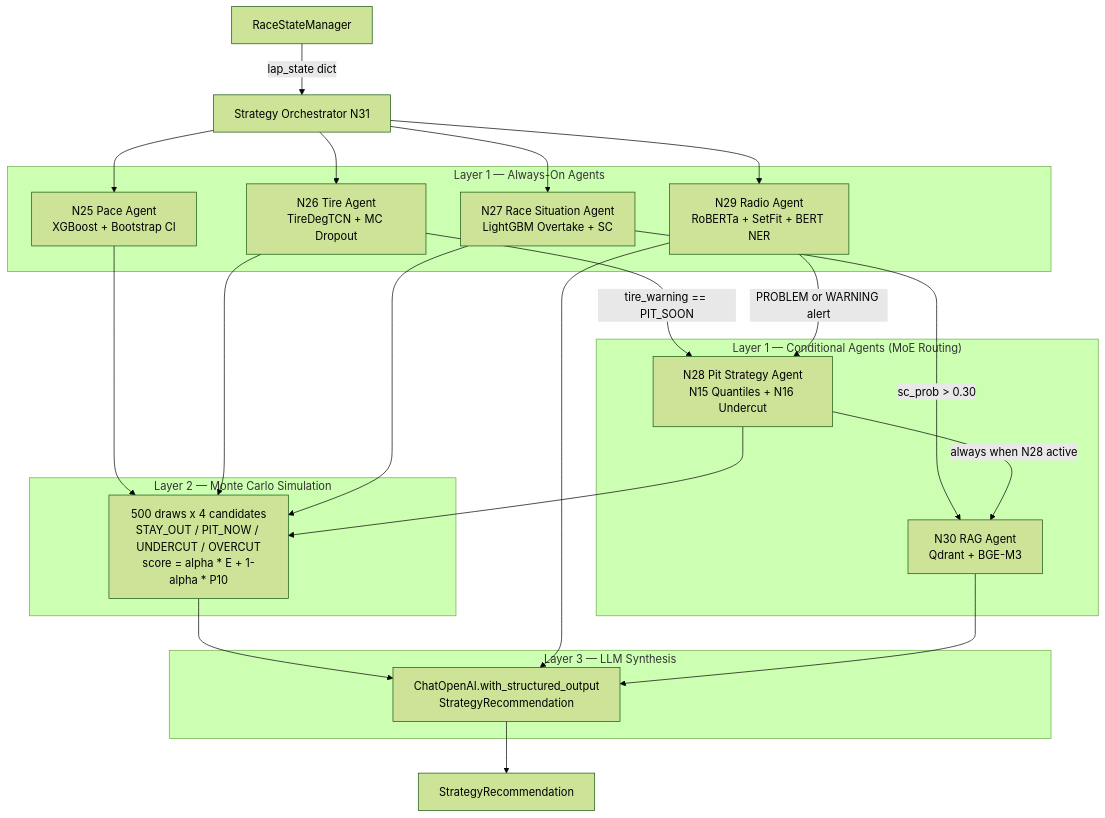
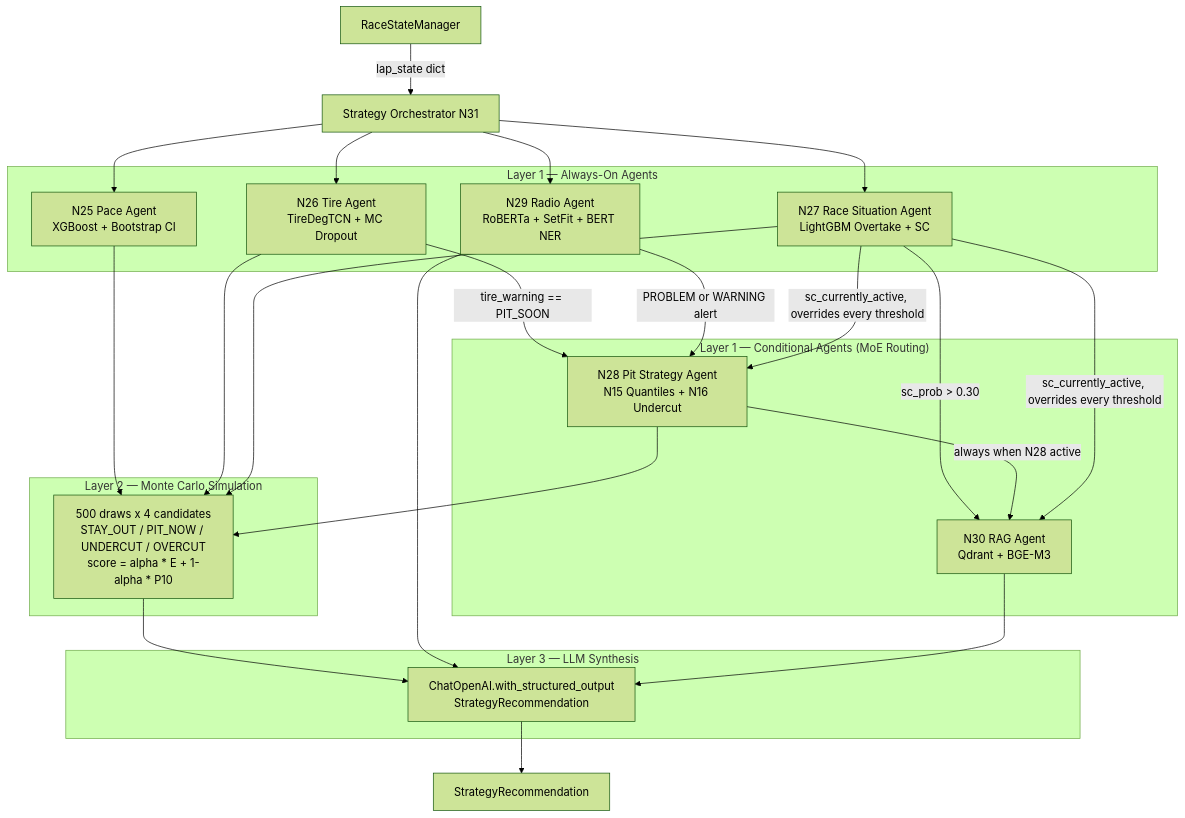
The first of 2 diagrams in docs/pages/multi-agent.md (VforVitorio/F1_Strat_Manager), drawn with Mermaid (forest theme) before and after one commit. The commit also changed 1 other file, not shown here.

Commit message:
fix(docs): correct two published diagram errors
The home page attributed circuit clustering to N30. N30 is the RAG agent; the clustering is N03 (notebooks/data_engineering/N03_circuit_clustering.ipynb). Wrong on the landing page of the docs site.

The routing diagram omitted an edge its own prose already described: a Safety Car confirmed by race control forces both N28 and N30 regardless of every probability threshold the diagram shows. A reader working from the picture would conclude the pit agent stays idle under a Safety Car when the tyre warning has not fired.

````diff
--- a/docs/pages/multi-agent.md
+++ b/docs/pages/multi-agent.md
@@ -11,43 +11,45 @@
 ```mermaid
 graph TD
     RSM[RaceStateManager] -->|lap_state dict| ORCH[Strategy Orchestrator N31]
 
     subgraph "Layer 1 — Always-On Agents"
         N25[N25 Pace Agent<br/>XGBoost + Bootstrap CI]
         N26[N26 Tire Agent<br/>TireDegTCN + MC Dropout]
         N27[N27 Race Situation Agent<br/>LightGBM Overtake + SC]
         N29[N29 Radio Agent<br/>RoBERTa + SetFit + BERT NER]
     end
 
     subgraph "Layer 1 — Conditional Agents (MoE Routing)"
         N28[N28 Pit Strategy Agent<br/>N15 Quantiles + N16 Undercut]
         N30[N30 RAG Agent<br/>Qdrant + BGE-M3]
     end
 
     ORCH --> N25
     ORCH --> N26
     ORCH --> N27
     ORCH --> N29
 
     N26 -->|tire_warning == PIT_SOON| N28
     N29 -->|PROBLEM or WARNING alert| N28
     N27 -->|sc_prob > 0.30| N30
     N28 -->|always when N28 active| N30
+    N27 -->|sc_currently_active, overrides every threshold| N28
+    N27 -->|sc_currently_active, overrides every threshold| N30
 
     subgraph "Layer 2 — Monte Carlo Simulation"
         MC[500 draws x 4 candidates<br/>STAY_OUT / PIT_NOW / UNDERCUT / OVERCUT<br/>score = alpha * E + 1-alpha * P10]
     end
 
     subgraph "Layer 3 — LLM Synthesis"
         LLM[ChatOpenAI.with_structured_output<br/>StrategyRecommendation]
     end
 
     N25 --> MC
     N26 --> MC
     N27 --> MC
     N28 --> MC
     MC --> LLM
     N29 --> LLM
     N30 --> LLM
     LLM --> REC[StrategyRecommendation]
 ```
````
